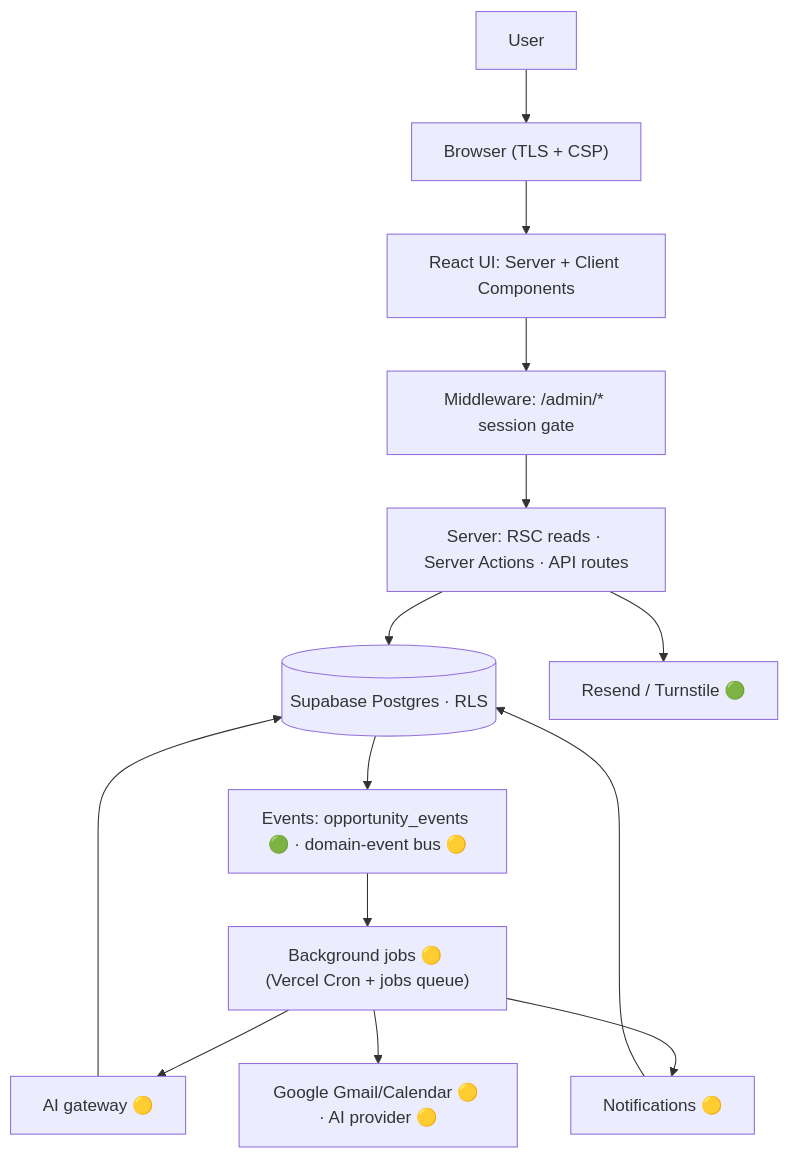
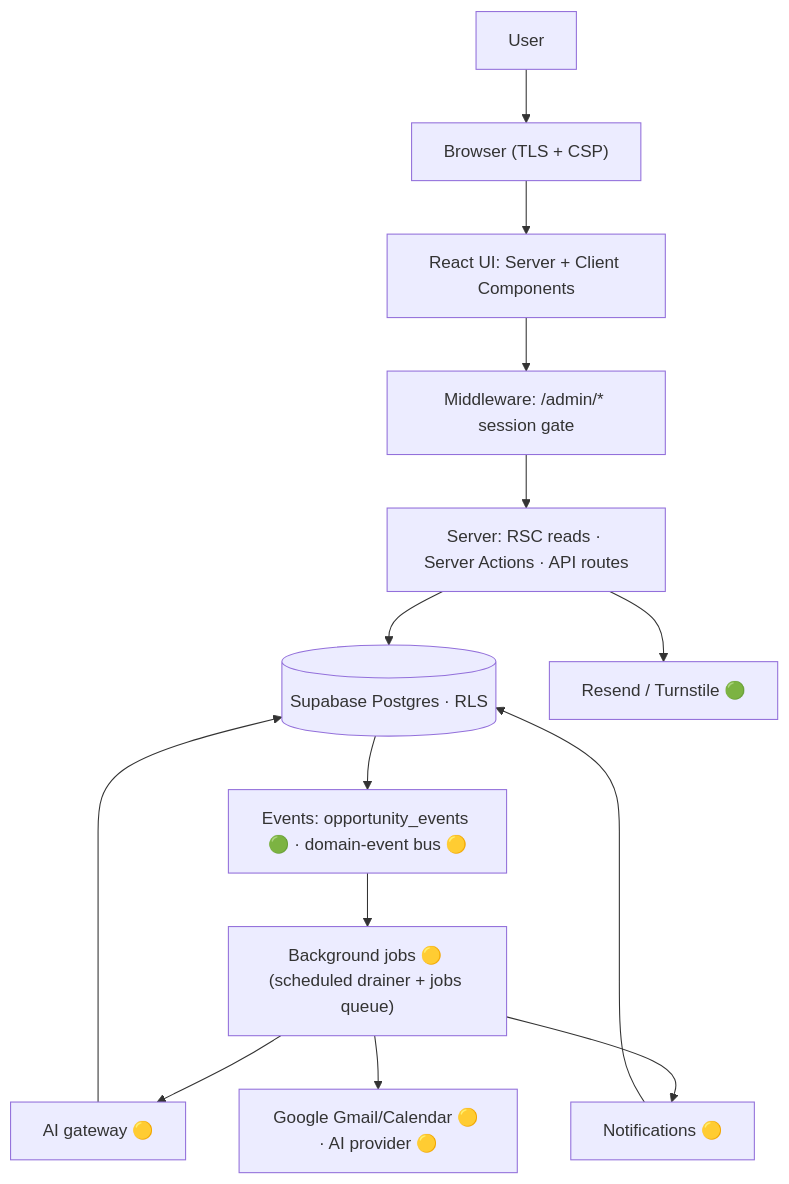
The first of 15 diagrams in docs/architecture/DATA_FLOW.md (ChaturvediShivam/shivam-portfolio), drawn with Mermaid before and after one commit. The commit also changed other lines of this file and 11 other files, not shown here.

First line of the commit message:
fix(deploy): remove the unsupported Vercel Cron entry

````diff
--- a/docs/architecture/DATA_FLOW.md
+++ b/docs/architecture/DATA_FLOW.md
@@ -49,16 +49,16 @@
 ```mermaid
 flowchart TD
   U[User] --> B["Browser (TLS + CSP)"]
   B --> UI["React UI: Server + Client Components"]
   UI --> MW["Middleware: /admin/* session gate"]
   MW --> S["Server: RSC reads · Server Actions · API routes"]
   S --> DB[(Supabase Postgres · RLS)]
   S --> EXT1["Resend / Turnstile 🟢"]
   DB --> EV["Events: opportunity_events 🟢 · domain-event bus 🟡"]
-  EV --> JOBS["Background jobs 🟡 (Vercel Cron + jobs queue)"]
+  EV --> JOBS["Background jobs 🟡 (scheduled drainer + jobs queue)"]
   JOBS --> AI["AI gateway 🟡"]
   JOBS --> NOTI["Notifications 🟡"]
   JOBS --> EXT2["Google Gmail/Calendar 🟡 · AI provider 🟡"]
   AI --> DB
   NOTI --> DB
 ```
````
